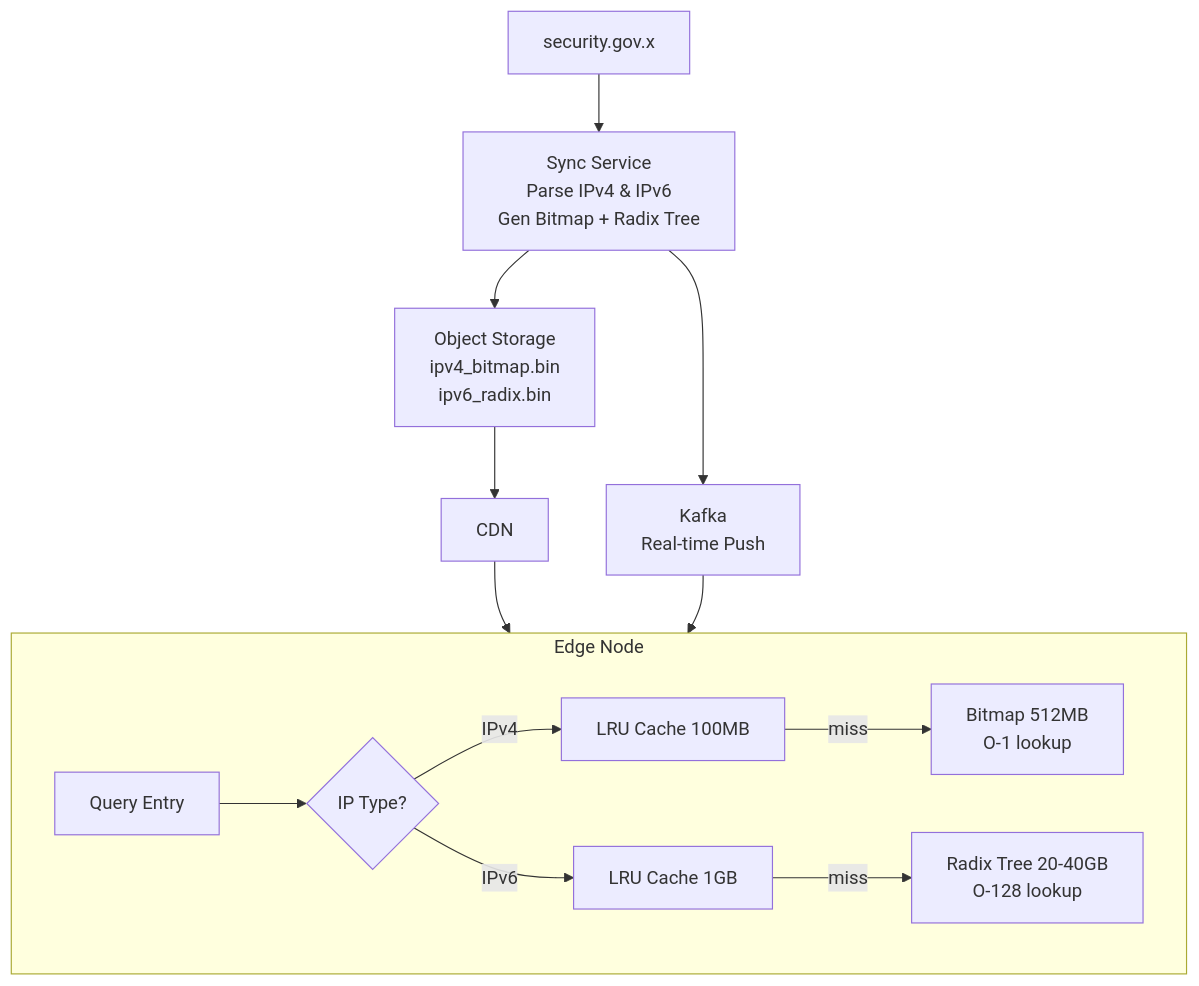
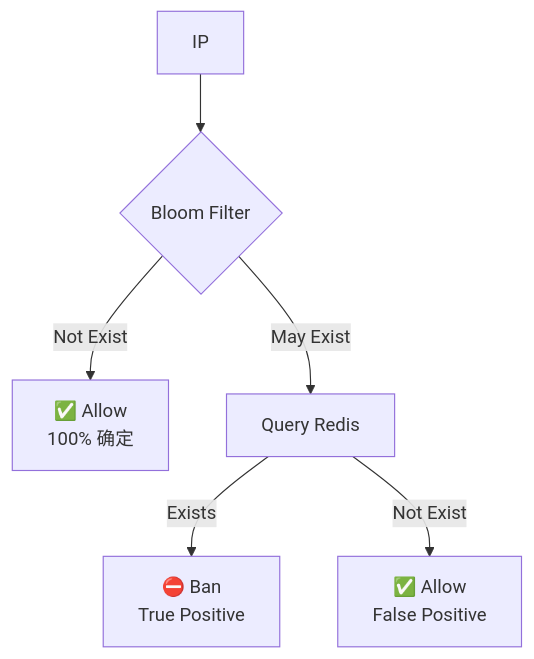
Before and after one commit to jpixy/jpixy.github.io: the third of 5 diagrams in content/articles/system-design/sd-14-IP封禁系统设计.md, drawn with Mermaid. The commit also changed other lines of this file and 1 other file, not shown here.

First line of the commit message:
fix: simplify Mermaid diagrams and improve CSS

````diff
--- a/content/articles/system-design/sd-14-IP封禁系统设计.md
+++ b/content/articles/system-design/sd-14-IP封禁系统设计.md
@@ -278,17 +414,8 @@
 ```mermaid
 graph TD
-    A[security.gov.x] --> B[Sync Service<br/>Parse IPv4 & IPv6<br/>Gen Bitmap + Radix Tree]
-    B --> C[Object Storage<br/>ipv4_bitmap.bin<br/>ipv6_radix.bin]
-    B --> D[Kafka<br/>Real-time Push]
-    C --> E[CDN]
-    E --> F[Edge Node]
-    D --> F
-    
-    subgraph F[Edge Node]
-        G[Query Entry] --> H{IP Type?}
-        H -->|IPv4| I[LRU Cache 100MB]
-        H -->|IPv6| J[LRU Cache 1GB]
-        I -->|miss| K[Bitmap 512MB<br/>O-1 lookup]
-        J -->|miss| L[Radix Tree 20-40GB<br/>O-128 lookup]
-    end
+    A[IP] --> B{Bloom Filter}
+    B -->|Not Exist| C[✅ Allow<br/>100% 确定]
+    B -->|May Exist| D[Query Redis]
+    D -->|Exists| E[⛔ Ban<br/>True Positive]
+    D -->|Not Exist| F[✅ Allow<br/>False Positive]
 ```
````
